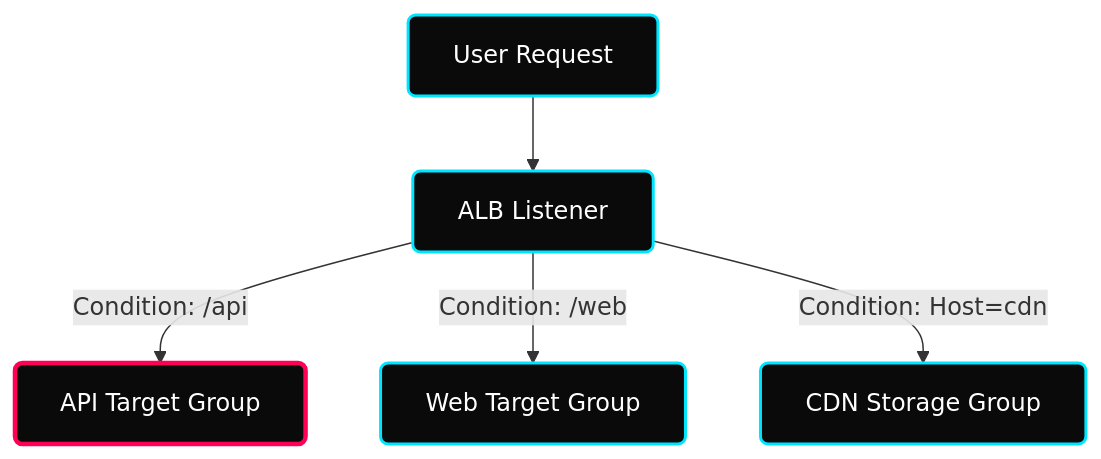
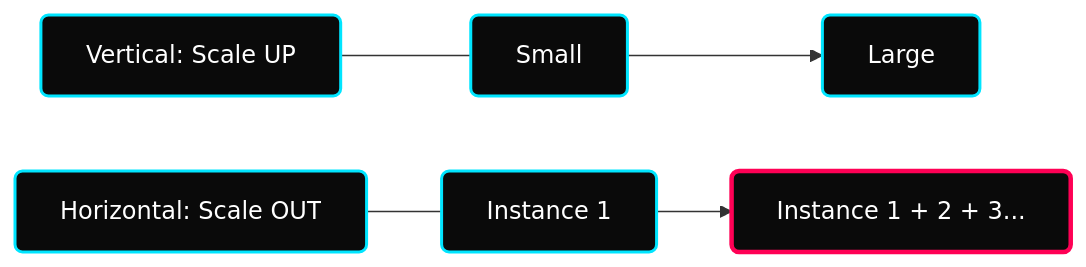
Before and after one commit to hridyen/DevOps-Survival-Roadmap: the diagram in Week-11-AWS-Compute-and-Storage/Load-Balancing/notes.md, drawn with Mermaid. The commit also changed other lines of this file and 1 other file, not shown here.

````diff
--- a/Week-11-AWS-Compute-and-Storage/Load-Balancing/notes.md
+++ b/Week-11-AWS-Compute-and-Storage/Load-Balancing/notes.md
@@ -28,11 +25,8 @@
 ```mermaid
-graph TD
+graph LR
     classDef default fill:#0A0A0A,stroke:#00E5FF,stroke-width:2px,color:#FFFFFF,rx:5px,ry:5px;
     classDef highlight fill:#0A0A0A,stroke:#FF0055,stroke-width:3px,color:#FFFFFF,rx:5px,ry:5px;
 
-    User[User Request] --> ALB[ALB Listener]
-    
-    ALB -->|Condition: /api| TG1[API Target Group]:::highlight
-    ALB -->|Condition: /web| TG2[Web Target Group]
-    ALB -->|Condition: Host=cdn| TG3[CDN Storage Group]
+    V[Vertical: Scale UP] --- S1[Small] --> L1[Large]
+    H[Horizontal: Scale OUT] --- S2[Instance 1] --> S3[Instance 1 + 2 + 3...]:::highlight
 ```
````
